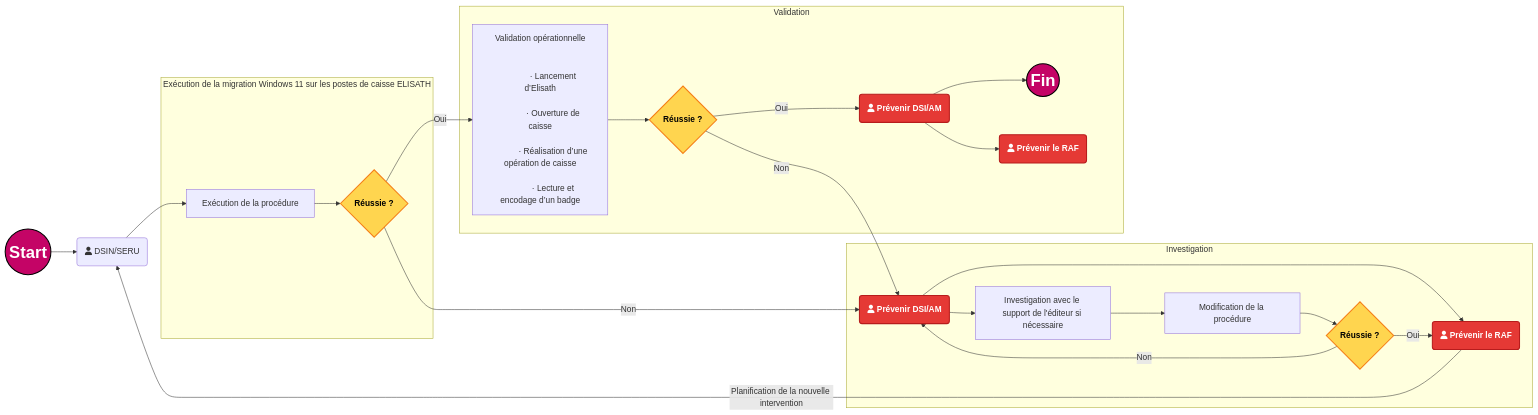
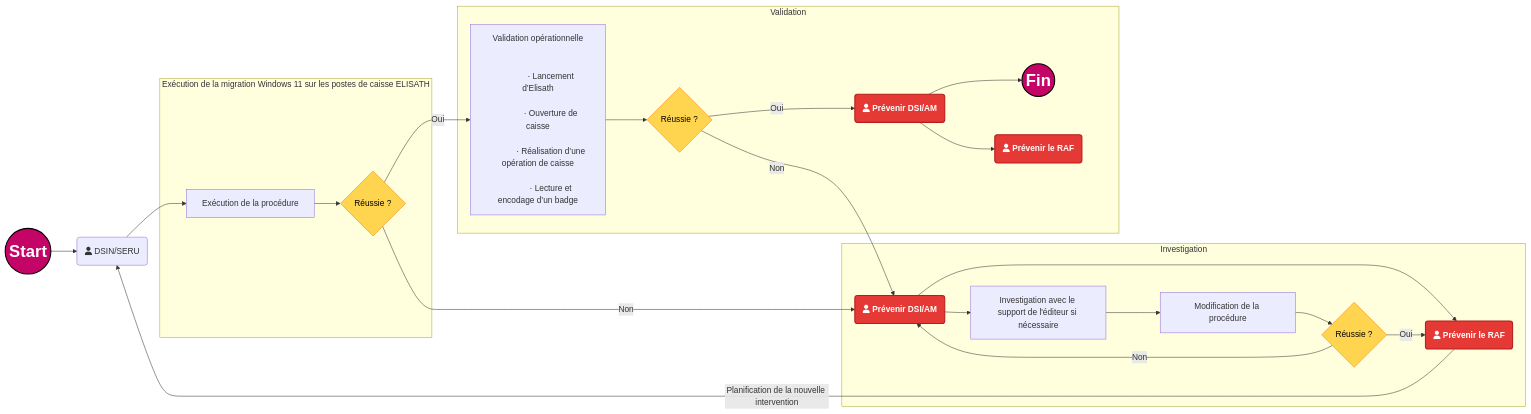
The diagram in all/Flux de validation.md (fdadda/iodraw-files), drawn with Mermaid before and after one commit.

Commit message:
2026-05-12 11:48:00 update

````diff
--- a/all/Flux de validation.md
+++ b/all/Flux de validation.md
@@ -1,60 +1,60 @@
 ```mermaid
 flowchart LR
 
     start((Start)) --> A
     A(fa:fa-user DSIN/SERU) --> B[Exécution de la procédure]
 
     subgraph Exécution de la migration Windows 11 sur les postes de caisse ELISATH
         B --> C{Réussie ?}
     end
 
     subgraph Validation
         C -->|Oui| D["Validation opérationnelle<br/><br/>
             · Lancement d’Elisath<br/>
             · Ouverture de caisse<br/>
             · Réalisation d’une opération de caisse<br/>
             · Lecture et encodage d’un badge"]
 
         D --> Val{Réussie ?}
 
         Val -->|Oui| PrevDSI(fa:fa-user Prévenir DSI/AM)
        
         PrevDSI --> fin((Fin))
         PrevDSI  --> PrevRAF(fa:fa-user Prévenir le RAF)
     end
     Val --> |Non| E
     subgraph Investigation
         C -->|Non| E(fa:fa-user Prévenir DSI/AM)
         E --> F(fa:fa-user Prévenir le RAF)
         E --> G[Investigation avec le support de l'éditeur si nécessaire]
         G --> H[Modification de la procédure]
         H --> I{Réussie ?}
         I -->|Oui| F
         I -->|Non| E
     end
 
     F -->|Planification de la nouvelle intervention| A
 
     %% --- STYLES ---
     classDef StartEndPoint fill:#c40466,stroke:#000,color:#fff,stroke-width:2px,font-size:32px,font-weight:bold;
-    classDef decision      fill:#ffd54f,stroke:#f57f17,color:#000,stroke-width:2px,font-weight:bold;
+    classDef decision      fill:#ffd54f,stroke:#f57f17,color:#000,stroke-width:2pxfont-weight:bold;
     classDef error         fill:#e53935,stroke:#b71c1c,color:#fff,stroke-width:2px,font-weight:bold;
 
     %% --- AFFECTATION DES CLASSES ---
     class start,fin StartEndPoint;
     class C,I,Val decision;
     class E,F,PrevDSI,PrevRAF error;
 
     %% --- “CEINTURE + BRETELLES” (force le style sur les 2 nœuds) ---
     %%style start font-size:32px,font-weight:bold
     %%style fin   font-size:32px,font-weight:bold
 
     %% --- Codes couleur (commentaires) ---
     %% Bleu marine #000080
     %% Midnight blue #191970
     %% Bleu foncé intense #080F70
     %% Bleu foncé moderne #111184
     %% Orange #ffd54f
     %% Rouge #e53935
     %% Rose CAPI #c40466
 ```
````
